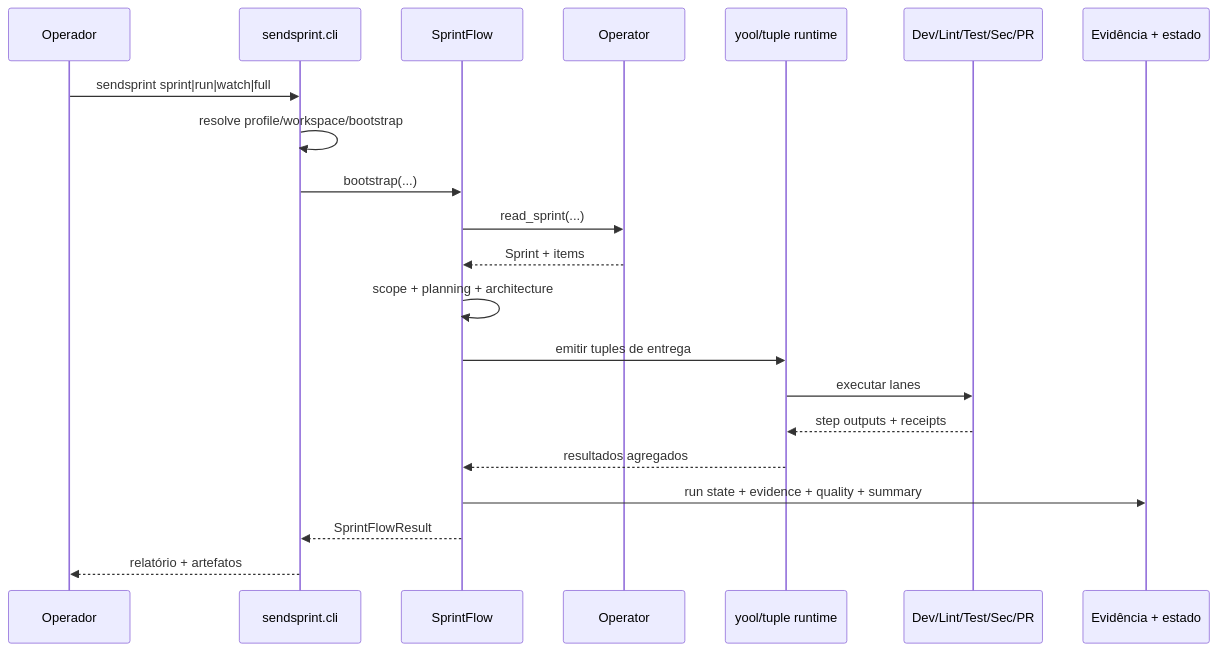
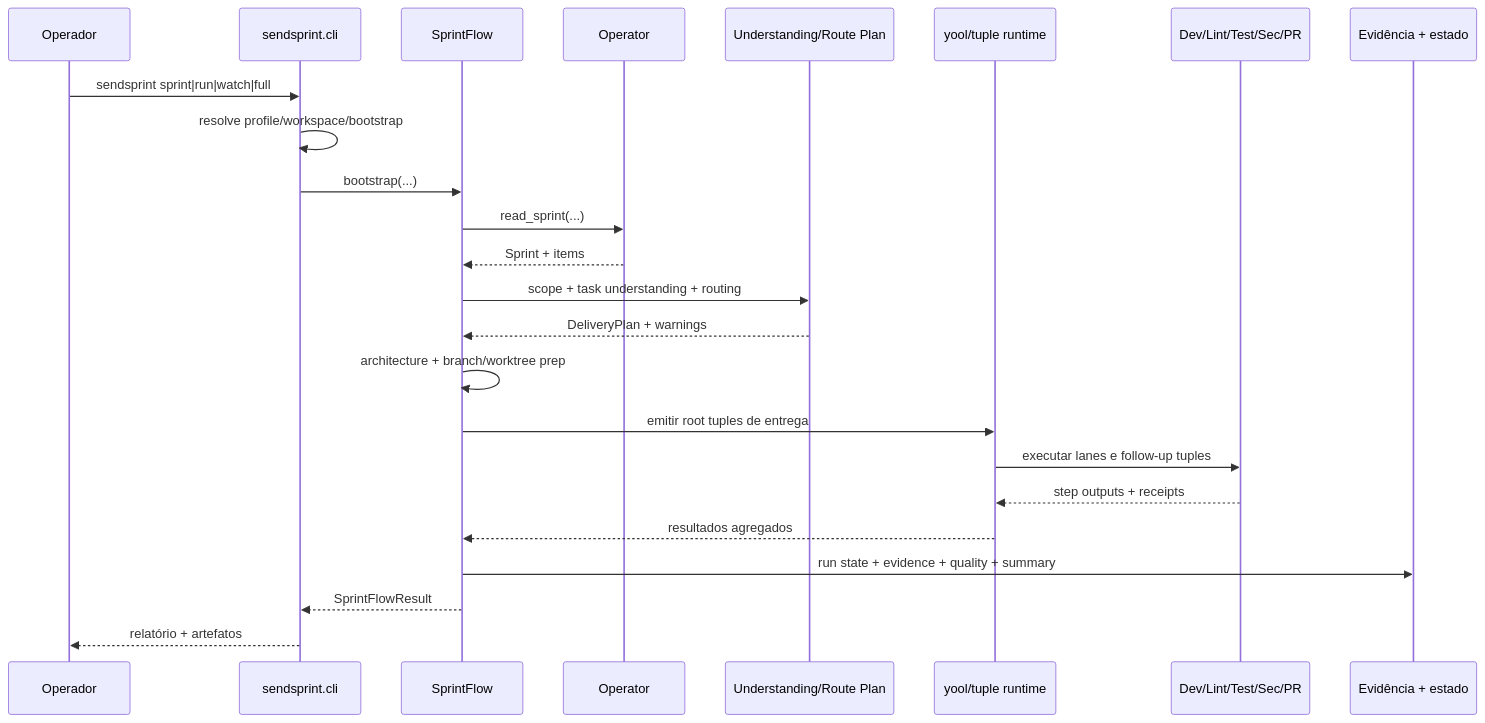
One commit to wesleysimplicio/simplicio-sprint changed the second of 2 diagrams in SENDSPRINT_FLOW_MAP.md. Above: the diagram before and after it, drawn with Mermaid. The commit also changed other lines of this file and 46 other files, not shown here.

````diff
--- a/SENDSPRINT_FLOW_MAP.md
+++ b/SENDSPRINT_FLOW_MAP.md
@@ -302,24 +366,27 @@
 ```mermaid
 sequenceDiagram
     participant User as Operador
     participant CLI as sendsprint.cli
     participant Flow as SprintFlow
     participant Op as Operator
+    participant Plan as Understanding/Route Plan
     participant Runtime as yool/tuple runtime
     participant Agents as Dev/Lint/Test/Sec/PR
     participant Store as Evidência + estado
 
     User->>CLI: sendsprint sprint|run|watch|full
     CLI->>CLI: resolve profile/workspace/bootstrap
     CLI->>Flow: bootstrap(...)
     Flow->>Op: read_sprint(...)
     Op-->>Flow: Sprint + items
-    Flow->>Flow: scope + planning + architecture
-    Flow->>Runtime: emitir tuples de entrega
-    Runtime->>Agents: executar lanes
+    Flow->>Plan: scope + task understanding + routing
+    Plan-->>Flow: DeliveryPlan + warnings
+    Flow->>Flow: architecture + branch/worktree prep
+    Flow->>Runtime: emitir root tuples de entrega
+    Runtime->>Agents: executar lanes e follow-up tuples
     Agents-->>Runtime: step outputs + receipts
     Runtime-->>Flow: resultados agregados
     Flow->>Store: run state + evidence + quality + summary
     Flow-->>CLI: SprintFlowResult
     CLI-->>User: relatório + artefatos
 ```
````
